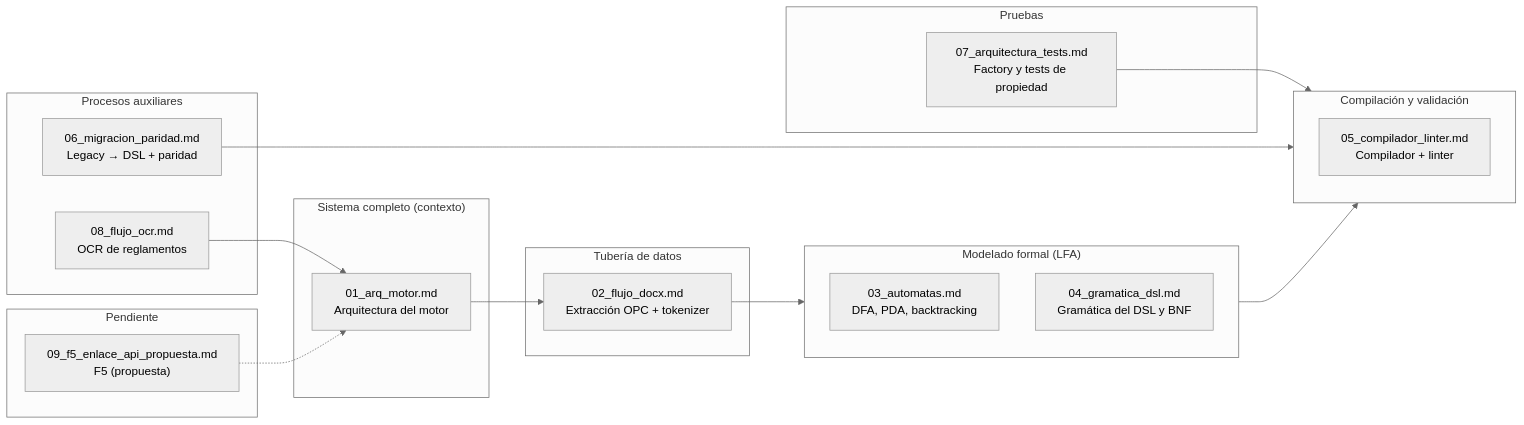
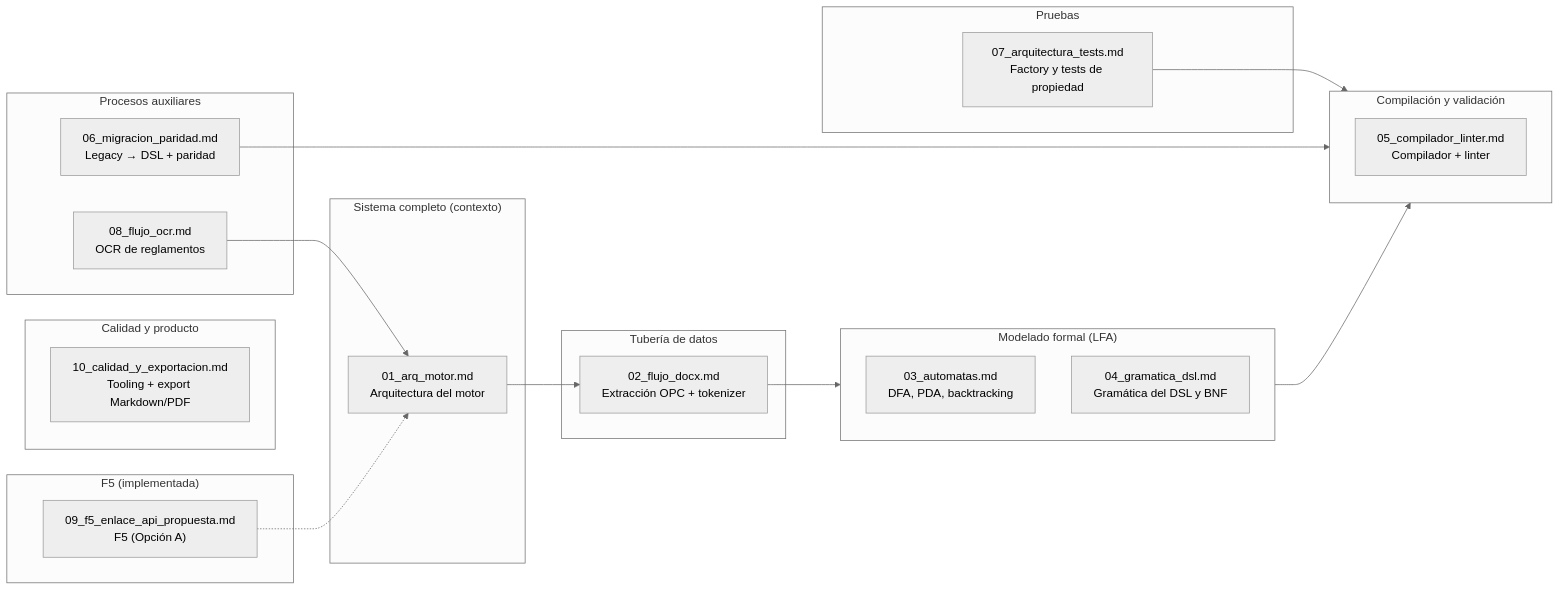
The first of 2 diagrams in docs/diseno/00_indice_diseno.md (IvanSanchezSil/vistobueno), drawn with Mermaid (neutral theme) before and after one commit. The commit also changed other lines of this file and 41 other files, not shown here.

````diff
--- a/docs/diseno/00_indice_diseno.md
+++ b/docs/diseno/00_indice_diseno.md
@@ -29,40 +31,44 @@
 ```mermaid
 flowchart LR
     subgraph CONTEXTO["Sistema completo (contexto)"]
         A["01_arq_motor.md<br/>Arquitectura del motor"]
     end
 
     subgraph TUBERIA["Tubería de datos"]
         B["02_flujo_docx.md<br/>Extracción OPC + tokenizer"]
     end
 
     subgraph FORMAL["Modelado formal (LFA)"]
         C["03_automatas.md<br/>DFA, PDA, backtracking"]
         D["04_gramatica_dsl.md<br/>Gramática del DSL y BNF"]
     end
 
     subgraph COMPILACION["Compilación y validación"]
         E["05_compilador_linter.md<br/>Compilador + linter"]
     end
 
     subgraph PROCESOS["Procesos auxiliares"]
         F["06_migracion_paridad.md<br/>Legacy → DSL + paridad"]
         G["08_flujo_ocr.md<br/>OCR de reglamentos"]
     end
 
     subgraph PRUEBAS["Pruebas"]
         H["07_arquitectura_tests.md<br/>Factory y tests de propiedad"]
     end
 
-    subgraph FUTURO["Pendiente"]
-        I["09_f5_enlace_api_propuesta.md<br/>F5 (propuesta)"]
+    subgraph CALIDAD["Calidad y producto"]
+        J["10_calidad_y_exportacion.md<br/>Tooling + export Markdown/PDF"]
+    end
+
+    subgraph FUTURO["F5 (implementada)"]
+        I["09_f5_enlace_api_propuesta.md<br/>F5 (Opción A)"]
     end
 
     A --> B
     B --> FORMAL
     FORMAL --> COMPILACION
     F --> COMPILACION
     H --> COMPILACION
     G --> A
     I -.-> A
 ```
````
